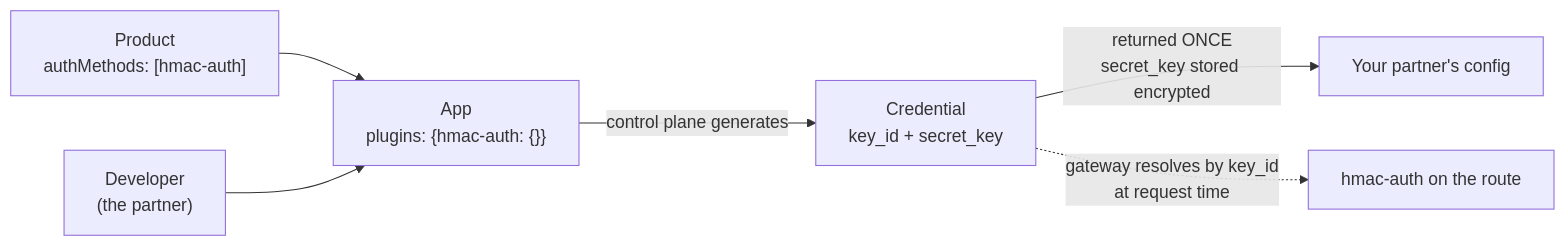
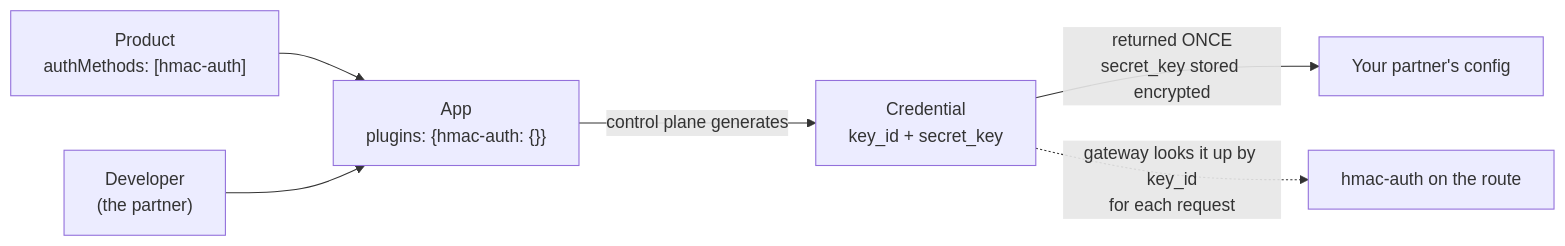
Before and after one commit to digitalapicraft/api-gateway-solutions: the third of 3 diagrams in solutions/06-hmac-auth/architecture.md, drawn with Mermaid. The commit also changed other lines of this file and 5 other files, not shown here.

````diff
--- a/solutions/06-hmac-auth/architecture.md
+++ b/solutions/06-hmac-auth/architecture.md
@@ -212,8 +223,8 @@
 ```mermaid
 flowchart LR
     P["Product<br/>authMethods: [hmac-auth]"] --> A
     D["Developer<br/>(the partner)"] --> A
     A["App<br/>plugins: {hmac-auth: {}}"] -->|"control plane generates"| C["Credential<br/>key_id + secret_key"]
     C -->|"returned ONCE<br/>secret_key stored encrypted"| O["Your partner's config"]
-    C -.->|"gateway resolves by key_id<br/>at request time"| GW["hmac-auth on the route"]
+    C -.->|"gateway looks it up by key_id<br/>for each request"| GW["hmac-auth on the route"]
 ```
````
